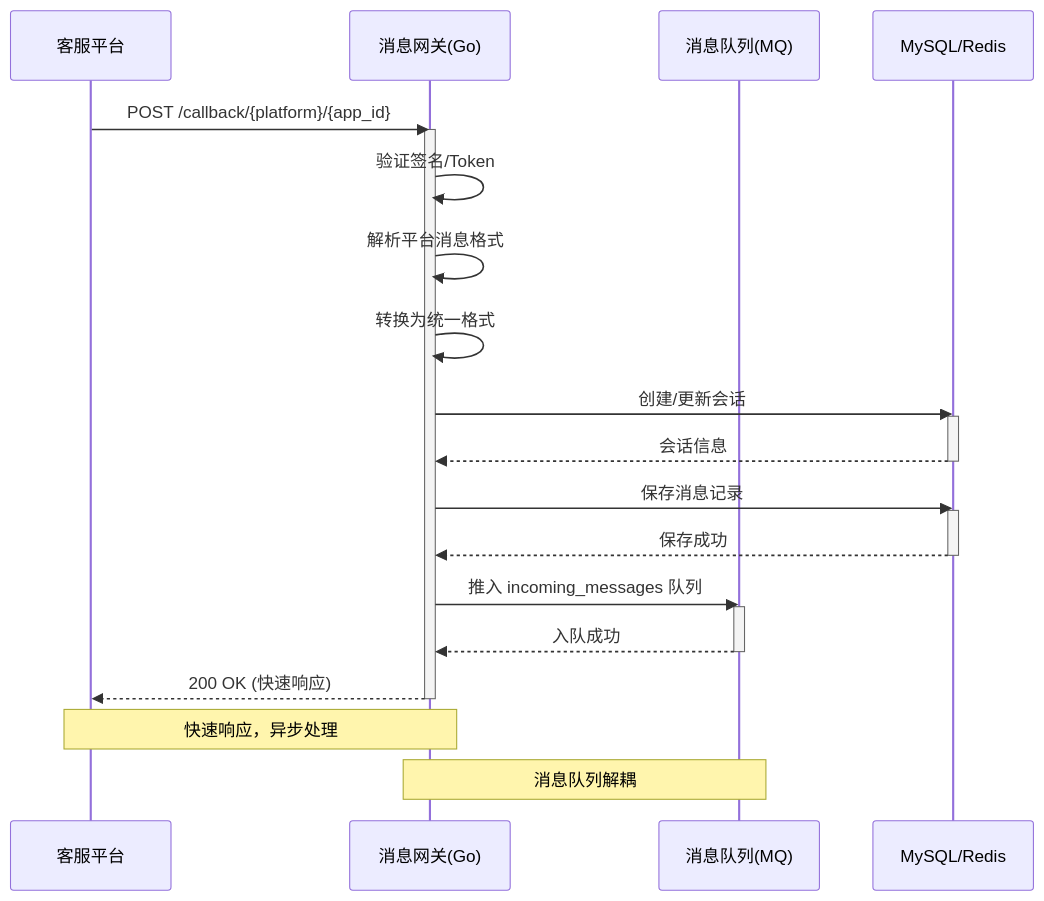
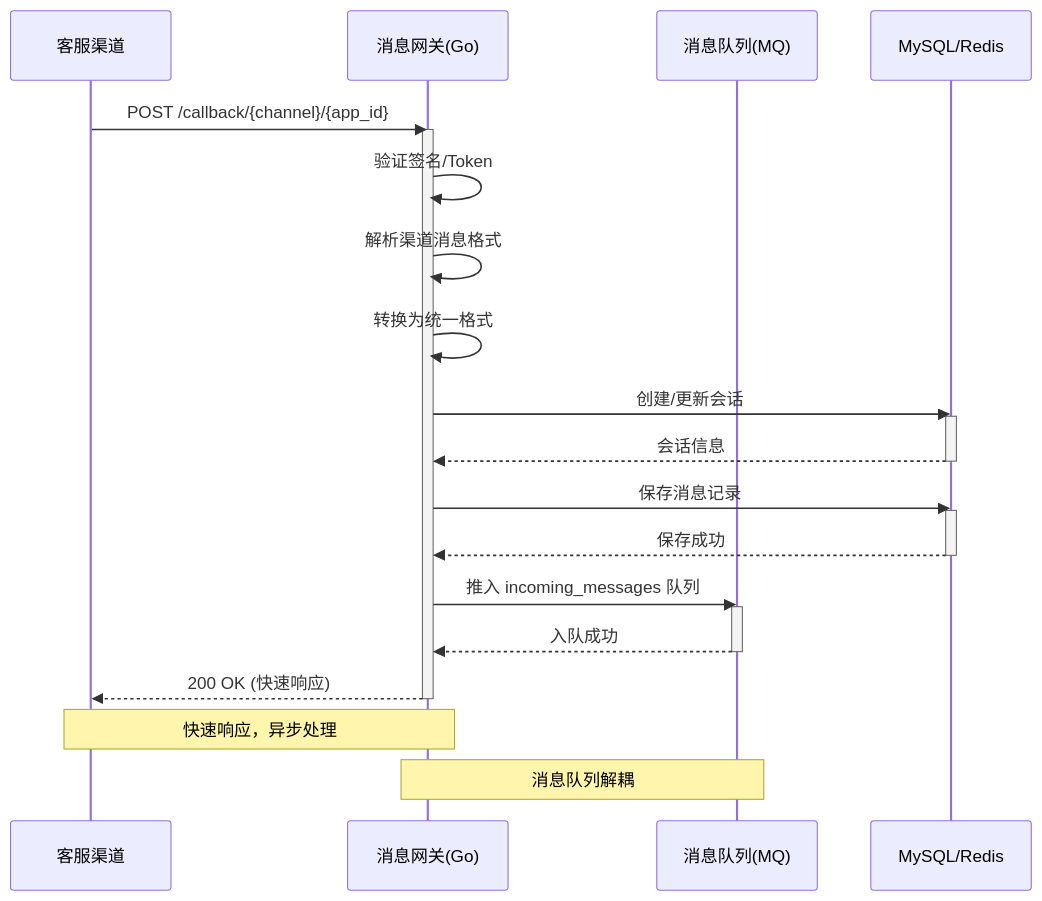
Before and after one commit to liushoukun/huizhida-chatbot: the third of 17 diagrams in docs/requirements.md, drawn with Mermaid. The commit also changed other lines of this file and 1 other file, not shown here.

````diff
--- a/docs/requirements.md
+++ b/docs/requirements.md
@@ -408,30 +408,30 @@
 ```mermaid
 sequenceDiagram
-    participant P as 客服平台
+    participant P as 客服渠道
     participant G as 消息网关(Go)
     participant Q as 消息队列(MQ)
     participant S as MySQL/Redis
 
-    P->>G: POST /callback/{platform}/{app_id}
+    P->>G: POST /callback/{channel}/{app_id}
     activate G
     G->>G: 验证签名/Token
-    G->>G: 解析平台消息格式
+    G->>G: 解析渠道消息格式
     G->>G: 转换为统一格式
     G->>S: 创建/更新会话
     activate S
     S-->>G: 会话信息
     deactivate S
     G->>S: 保存消息记录
     activate S
     S-->>G: 保存成功
     deactivate S
     G->>Q: 推入 incoming_messages 队列
     activate Q
     Q-->>G: 入队成功
     deactivate Q
     G-->>P: 200 OK (快速响应)
     deactivate G
 
     Note over P,G: 快速响应，异步处理
     Note over G,Q: 消息队列解耦
 ```
````
